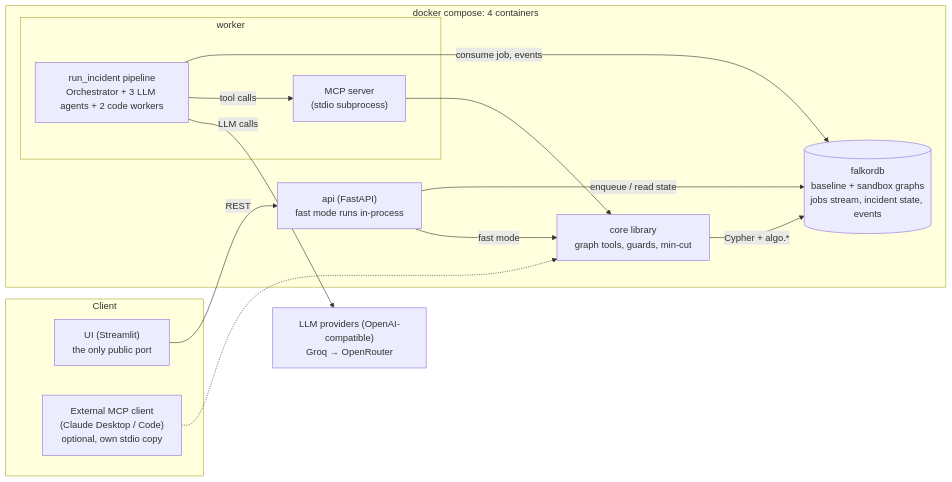
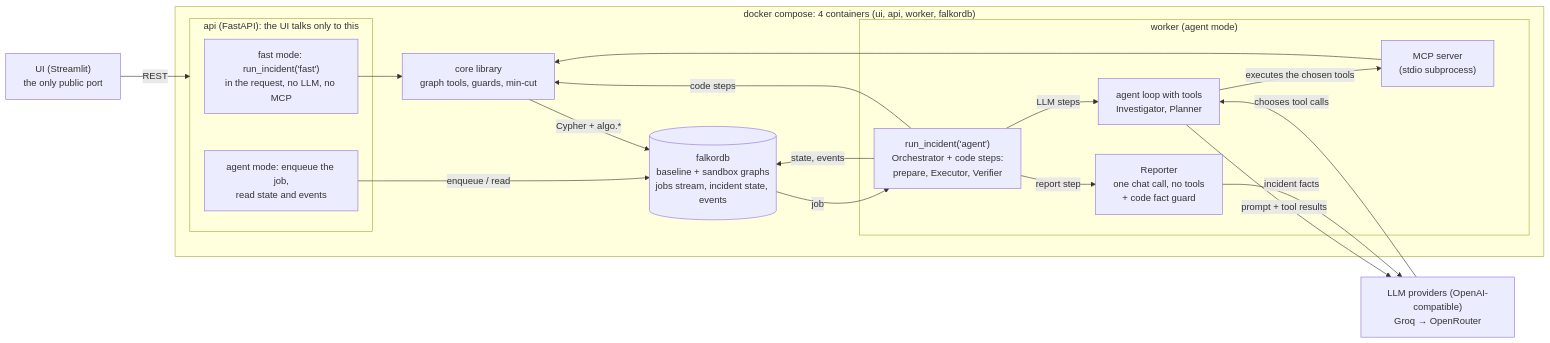
One commit to Yogender-Godara/breachpath changed the first of 3 diagrams in README.md. Above: the diagram before and after it, drawn with Mermaid. The commit also changed other lines of this file and 5 other files, not shown here.

Commit message:
Fix architecture diagrams, add scenario format and code tour, add MIT license

````diff
--- a/README.md
+++ b/README.md
@@ -40,27 +40,34 @@
 ```mermaid
 flowchart LR
-    subgraph Client
-        UI["UI (Streamlit)<br/>the only public port"]
-        EXT["External MCP client<br/>(Claude Desktop / Code)<br/>optional, own stdio copy"]
-    end
-    subgraph Stack["docker compose: 4 containers"]
-        API["api (FastAPI)<br/>fast mode runs in-process"]
-        subgraph WK["worker"]
-            PIPE["run_incident pipeline<br/>Orchestrator + 3 LLM agents + 2 code workers"]
+    UI["UI (Streamlit)<br/>the only public port"]
+    LLM["LLM providers (OpenAI-compatible)<br/>Groq → OpenRouter"]
+    subgraph Stack["docker compose: 4 containers (ui, api, worker, falkordb)"]
+        subgraph API["api (FastAPI): the UI talks only to this"]
+            FASTP["fast mode: run_incident('fast')<br/>in the request, no LLM, no MCP"]
+            ENQ["agent mode: enqueue the job,<br/>read state and events"]
+        end
+        subgraph WK["worker (agent mode)"]
+            PIPE["run_incident('agent')<br/>Orchestrator + code steps:<br/>prepare, Executor, Verifier"]
+            LOOP["agent loop with tools<br/>Investigator, Planner"]
+            REP["Reporter<br/>one chat call, no tools<br/>+ code fact guard"]
             MCP["MCP server<br/>(stdio subprocess)"]
         end
         CORE["core library<br/>graph tools, guards, min-cut"]
         FDB[("falkordb<br/>baseline + sandbox graphs<br/>jobs stream, incident state, events")]
     end
-    LLM["LLM providers (OpenAI-compatible)<br/>Groq → OpenRouter"]
 
     UI -- REST --> API
-    API -- "enqueue / read state" --> FDB
-    PIPE -- "consume job, events" --> FDB
-    PIPE -- "tool calls" --> MCP
-    PIPE -- "LLM calls" --> LLM
+    FASTP --> CORE
+    ENQ -- "enqueue / read" --> FDB
+    FDB -- "job" --> PIPE
+    PIPE -- "state, events" --> FDB
+    PIPE -- "code steps" --> CORE
+    PIPE -- "LLM steps" --> LOOP
+    PIPE -- "report step" --> REP
+    LOOP -- "prompt + tool results" --> LLM
+    LLM -- "chooses tool calls" --> LOOP
+    LOOP -- "executes the chosen tools" --> MCP
+    REP -- "incident facts" --> LLM
     MCP --> CORE
-    API -- "fast mode" --> CORE
-    EXT -.-> CORE
     CORE -- "Cypher + algo.*" --> FDB
 ```
````
